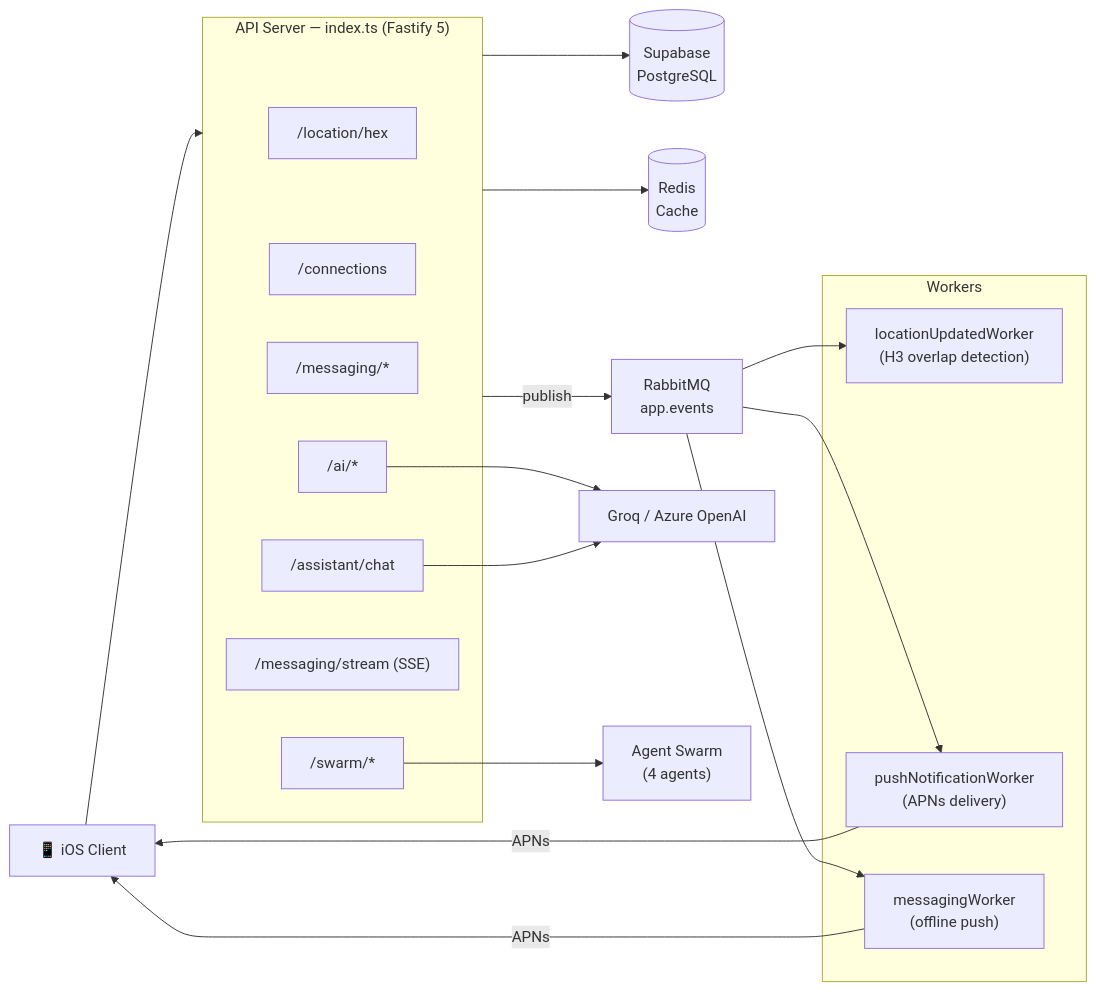
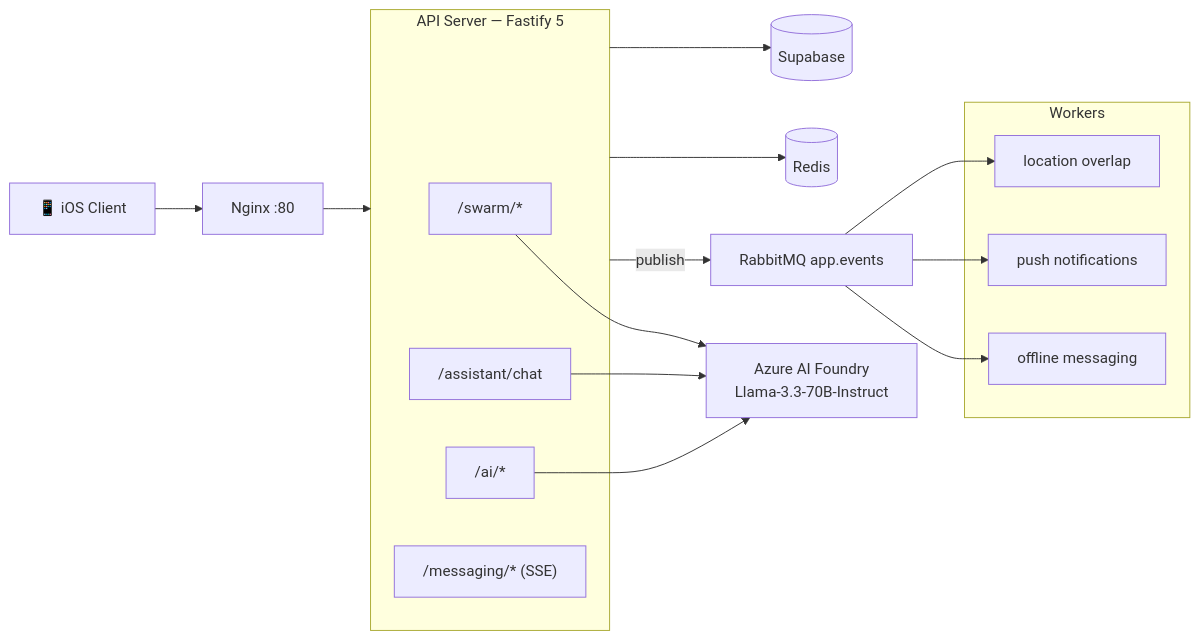
One commit to akashpradhan439/main-logic changed the second of 2 diagrams in README.md. Above: the diagram before and after it, drawn with Mermaid. The commit also changed other lines of this file and 19 other files, not shown here.

First line of the commit message:
feat: live agent-swarm demo web app + Oracle deploy wiring

````diff
--- a/README.md
+++ b/README.md
@@ -58,29 +49,24 @@
 ```mermaid
 flowchart LR
-    iOS["📱 iOS Client"]
+    iOS["📱 iOS Client"] --> NGINX[Nginx :80]
+    NGINX --> API
 
-    subgraph API["API Server — index.ts (Fastify 5)"]
-        R_LOC["/location/hex"]
-        R_CONN["/connections"]
-        R_MSG["/messaging/*"]
+    subgraph API["API Server — Fastify 5"]
+        R_SWARM["/swarm/*"]
+        R_AST["/assistant/chat"]
         R_AI["/ai/*"]
-        R_SWARM["/swarm/*"]
-        R_SSE["/messaging/stream (SSE)"]
-        R_AST["/assistant/chat"]
+        R_MSG["/messaging/* (SSE)"]
     end
 
     subgraph WORKERS["Workers"]
-        WL["locationUpdatedWorker\n(H3 overlap detection)"]
-        WP["pushNotificationWorker\n(APNs delivery)"]
-        WM["messagingWorker\n(offline push)"]
+        WL["location overlap"]
+        WP["push notifications"]
+        WM["offline messaging"]
     end
 
-    iOS --> API
-    API --> DB[(Supabase\nPostgreSQL)]
-    API --> REDIS[(Redis\nCache)]
-    API -->|publish| MQ[RabbitMQ\napp.events]
+    API --> DB[(Supabase)]
+    API --> REDIS[(Redis)]
+    API -->|publish| MQ[RabbitMQ app.events]
     MQ --> WL & WP & WM
-    WP & WM -->|APNs| iOS
-    R_AI & R_AST --> GROQ["Groq / Azure OpenAI"]
-    R_SWARM --> SWARM["Agent Swarm\n(4 agents)"]
+    R_SWARM & R_AST & R_AI --> AZURE["Azure AI Foundry<br/>Llama-3.3-70B-Instruct"]
 ```
````
